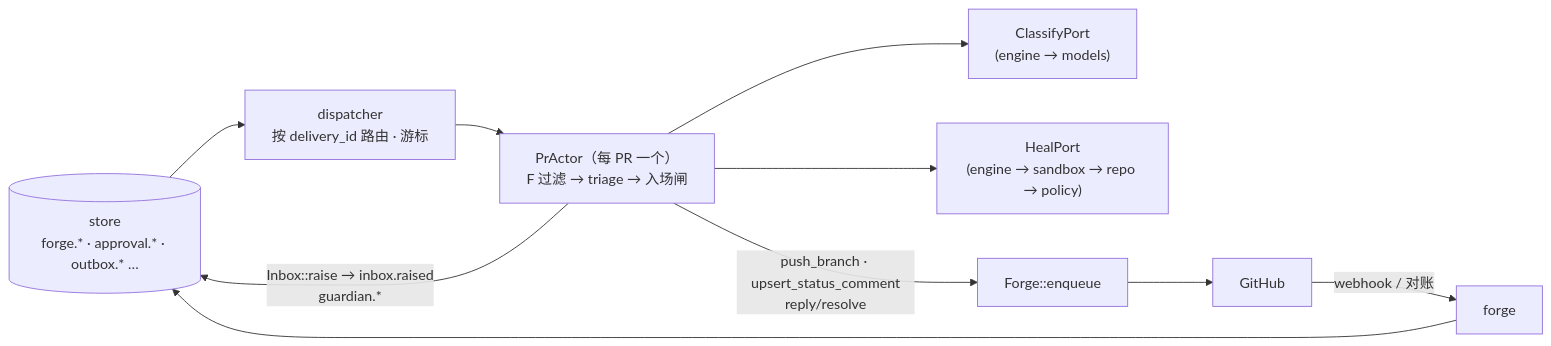
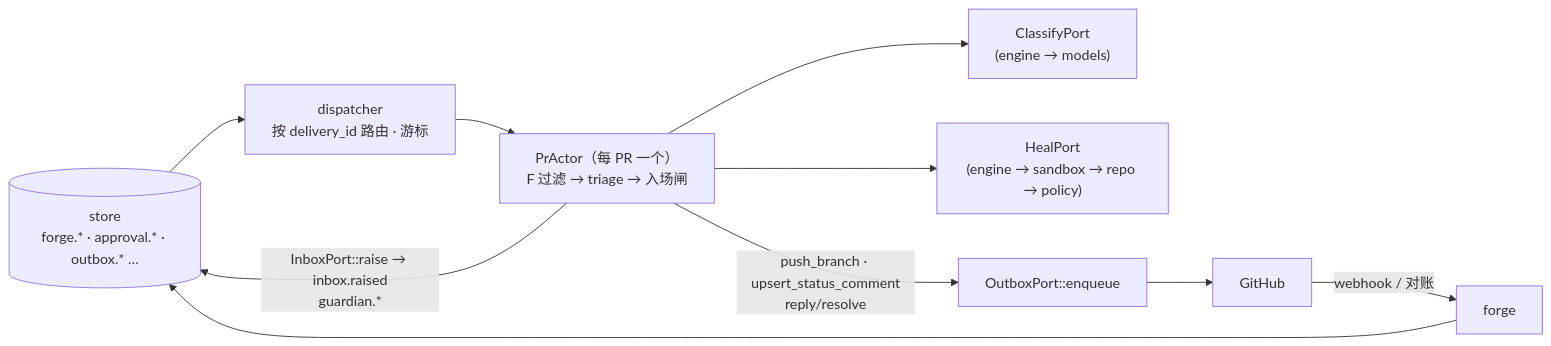
The first of 3 diagrams in docs/modules/guardian.md (LeXwDeX/Gantry), drawn with Mermaid before and after one commit. The commit also changed other lines of this file and 13 other files, not shown here.

````diff
--- a/docs/modules/guardian.md
+++ b/docs/modules/guardian.md
@@ -203,12 +203,12 @@
 ```mermaid
 flowchart LR
   ST[("store<br/>forge.* · approval.* · outbox.* …")] --> DSP["dispatcher<br/>按 delivery_id 路由 · 游标"]
   DSP --> A["PrActor（每 PR 一个）<br/>F 过滤 → triage → 入场闸"]
   A --> CL["ClassifyPort<br/>(engine → models)"]
   A --> HR["HealPort<br/>(engine → sandbox → repo → policy)"]
-  A -- "push_branch · upsert_status_comment<br/>reply/resolve" --> FG["Forge::enqueue"]
-  A -- "Inbox::raise → inbox.raised<br/>guardian.*" --> ST
+  A -- "push_branch · upsert_status_comment<br/>reply/resolve" --> FG["OutboxPort::enqueue"]
+  A -- "InboxPort::raise → inbox.raised<br/>guardian.*" --> ST
   FG --> GH["GitHub"]
   GH -- "webhook / 对账" --> FO["forge"]
   FO --> ST
 ```
````
